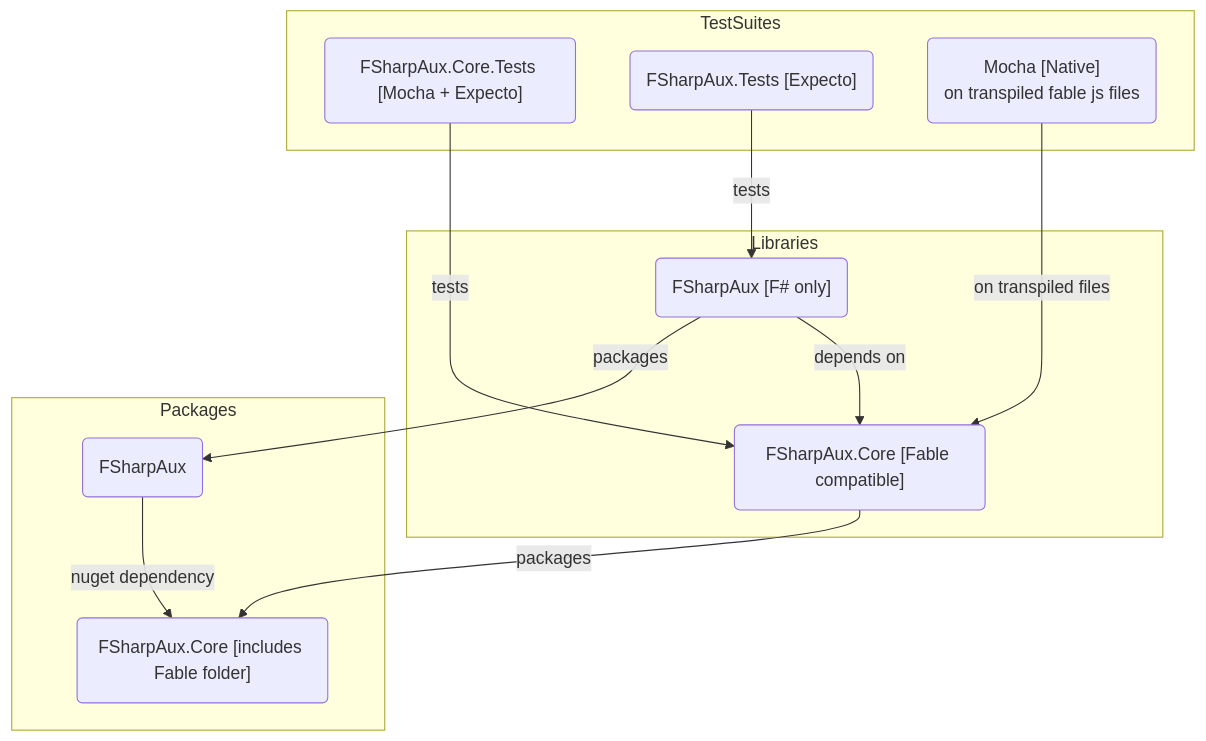
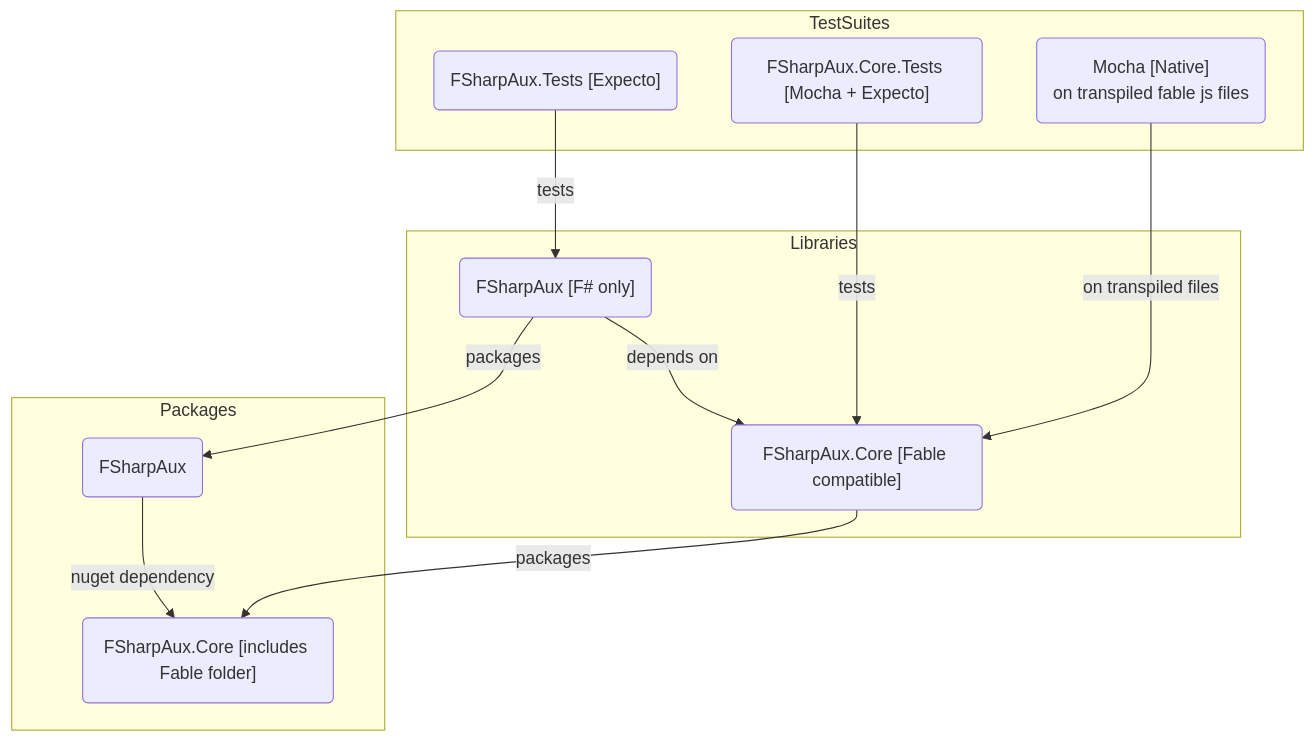
Before and after one commit to CSBiology/FSharpAux: the diagram in README.md, drawn with Mermaid. The commit also changed other lines of this file, not shown here.

````diff
--- a/README.md
+++ b/README.md
@@ -22,23 +22,23 @@
 ```mermaid
 flowchart TD
 subgraph Libraries
     A("FSharpAux.Core [Fable compatible]")
     B("FSharpAux [F# only]")
     B -- depends on --> A
 end
 subgraph TestSuites
+    D("FSharpAux.Tests [Expecto]")
     C("FSharpAux.Core.Tests [Mocha + Expecto]")
-    D("FSharpAux.Tests [Expecto]")
     M("Mocha [Native]<br>on transpiled fable js files")
     C -- tests --> A
     D -- tests --> B
     M -- on transpiled files --> A
 end
 subgraph Packages
     F("FSharpAux.Core [includes Fable folder]")
     G("FSharpAux")
     A -- packages --> F
     B -- packages --> G
     G -- nuget dependency --> F
 end
 ```
````
